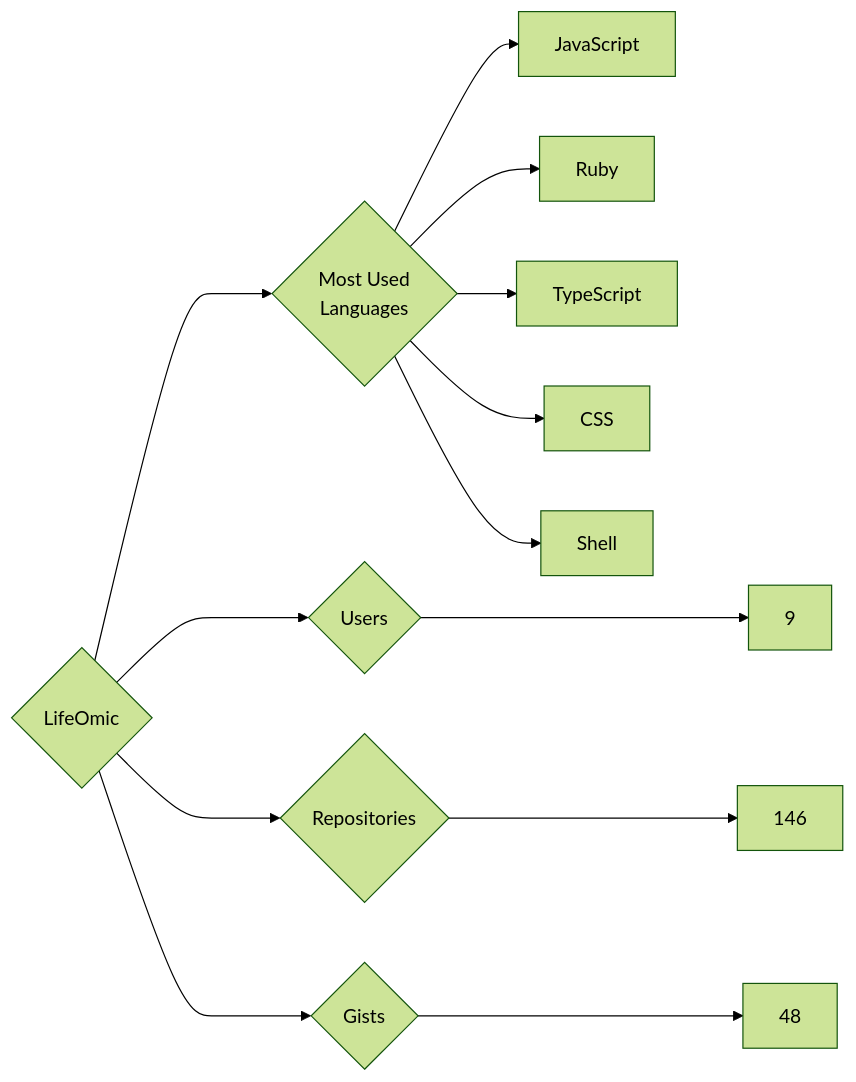
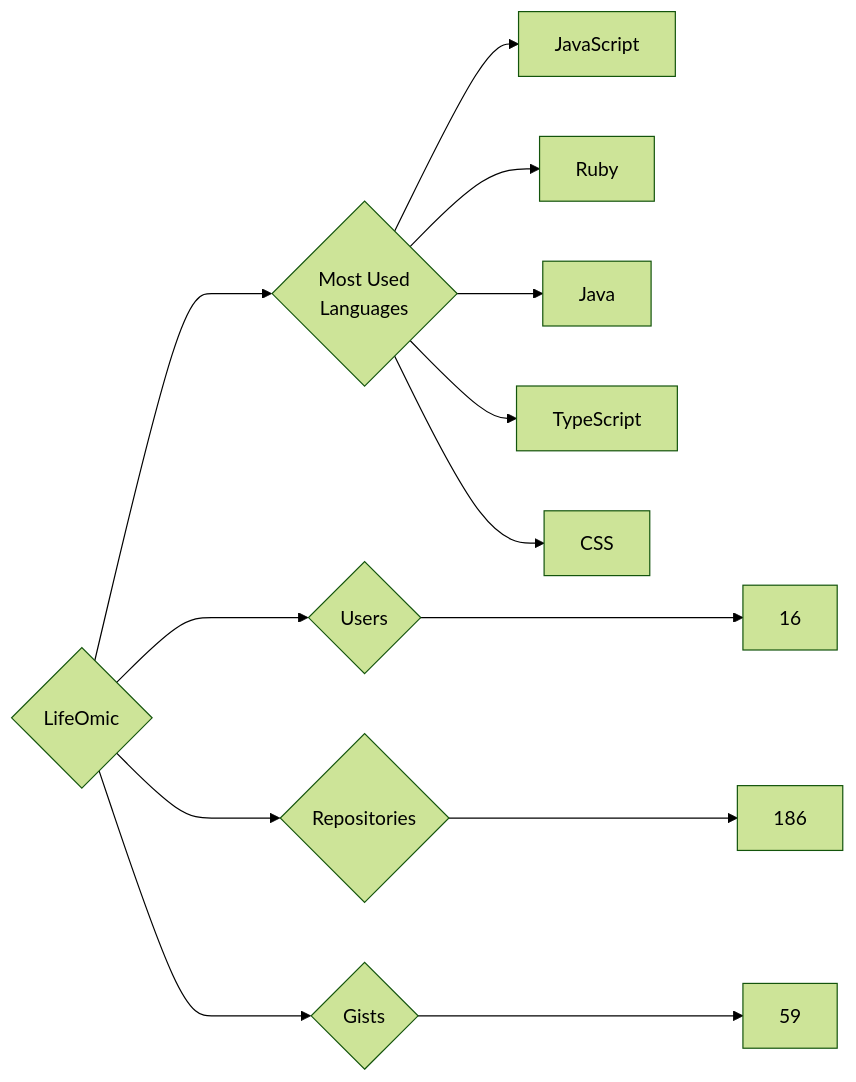
Before and after one commit to trickest/insiders: the diagram in targets/LifeOmic/README.md, drawn with Mermaid (forest theme). The commit also changed 1479 other files, not shown here.

````diff
--- a/targets/LifeOmic/README.md
+++ b/targets/LifeOmic/README.md
@@ -3,13 +3,13 @@
 ```mermaid
 graph LR
 COMPANY_NAME{LifeOmic}
-COMPANY_NAME ---> U{Users} ---> UN[9]
-COMPANY_NAME ---> R{Repositories} ---> RN[146]
-COMPANY_NAME ---> G{Gists} ---> GN[48]
+COMPANY_NAME ---> U{Users} ---> UN[16]
+COMPANY_NAME ---> R{Repositories} ---> RN[186]
+COMPANY_NAME ---> G{Gists} ---> GN[59]
 COMPANY_NAME ---> ML{Most Used<br>Languages}
 ML --> JavaScript[JavaScript]
 ML --> Ruby[Ruby]
+ML --> Java[Java]
 ML --> TypeScript[TypeScript]
 ML --> CSS[CSS]
-ML --> Shell[Shell]
 ```
````
